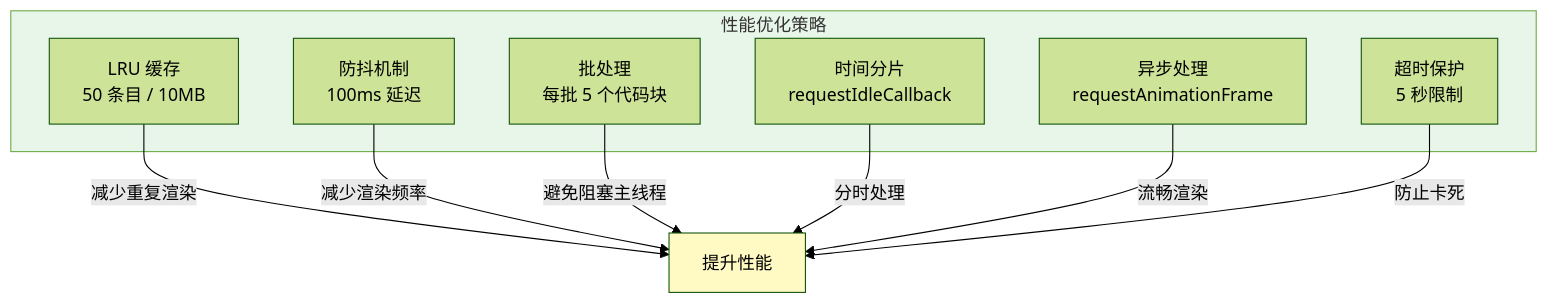
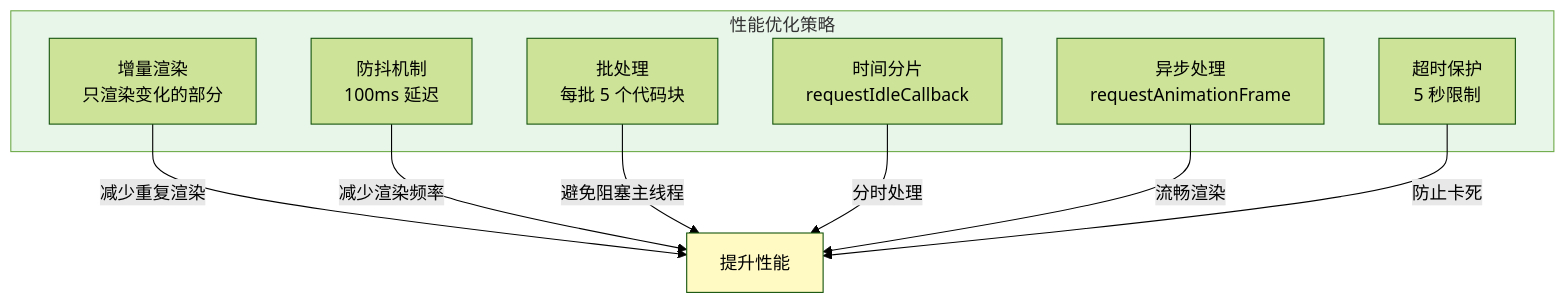
Before and after one commit to ZCShou/markdown: the eighth of 8 diagrams in docs/preview.md, drawn with Mermaid (forest theme). The commit also changed other lines of this file and 1 other file, not shown here.

First line of the commit message:
refactor: implement incremental rendering in Preview component

````diff
--- a/docs/preview.md
+++ b/docs/preview.md
@@ -924,21 +1489,21 @@
 ```mermaid
 graph TB
     subgraph Opt ["性能优化策略"]
-        Cache1[LRU 缓存<br/>50 条目 / 10MB]
+        Incremental[增量渲染<br/>只渲染变化的部分]
         Debounce[防抖机制<br/>100ms 延迟]
         Batch[批处理<br/>每批 5 个代码块]
         Idle[时间分片<br/>requestIdleCallback]
         Async[异步处理<br/>requestAnimationFrame]
         Timeout[超时保护<br/>5 秒限制]
     end
 
-    Cache1 --> |减少重复渲染| Perf[提升性能]
+    Incremental --> |减少重复渲染| Perf[提升性能]
     Debounce --> |减少渲染频率| Perf
     Batch --> |避免阻塞主线程| Perf
     Idle --> |分时处理| Perf
     Async --> |流畅渲染| Perf
     Timeout --> |防止卡死| Perf
 
     style Opt fill:#e8f5e9
     style Perf fill:#fff9c4
 ```
````
